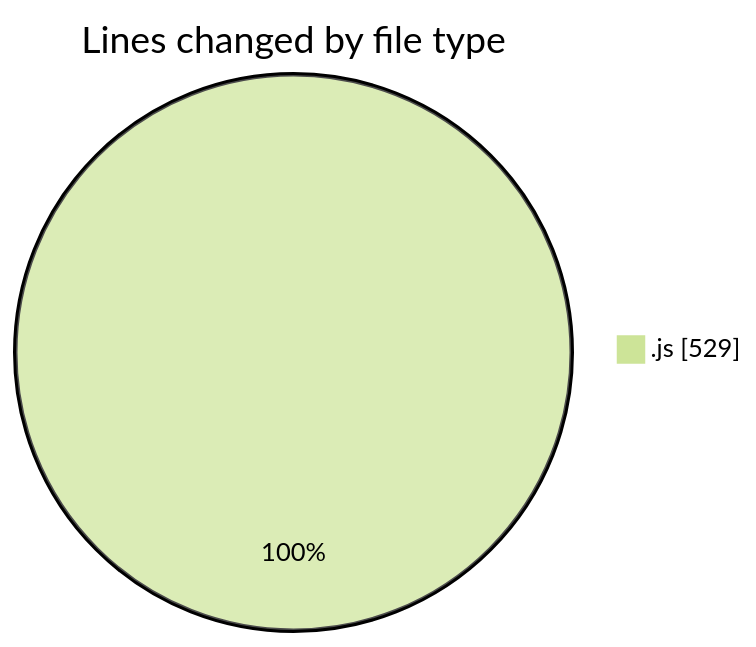
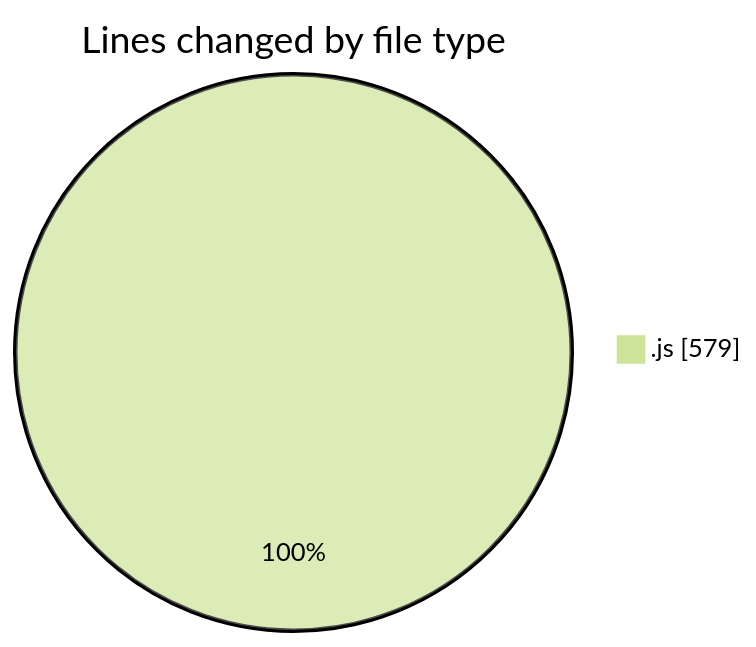
The first of 2 diagrams in 2025-04-08/nxtqube_webapp/README.md (nxtqubesakshisongat/code-tracking), drawn with Mermaid (forest theme) before and after one commit. The commit also changed other lines of this file and 1 other file, not shown here.

````diff
--- a/2025-04-08/nxtqube_webapp/README.md
+++ b/2025-04-08/nxtqube_webapp/README.md
@@ -22,5 +22,5 @@
 ```mermaid
 pie showData
 title Lines changed by file type
-".js" : 529
+".js" : 579
 ```
````
